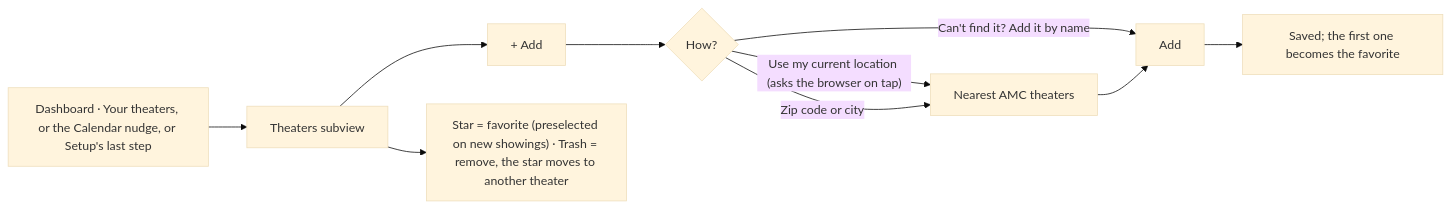
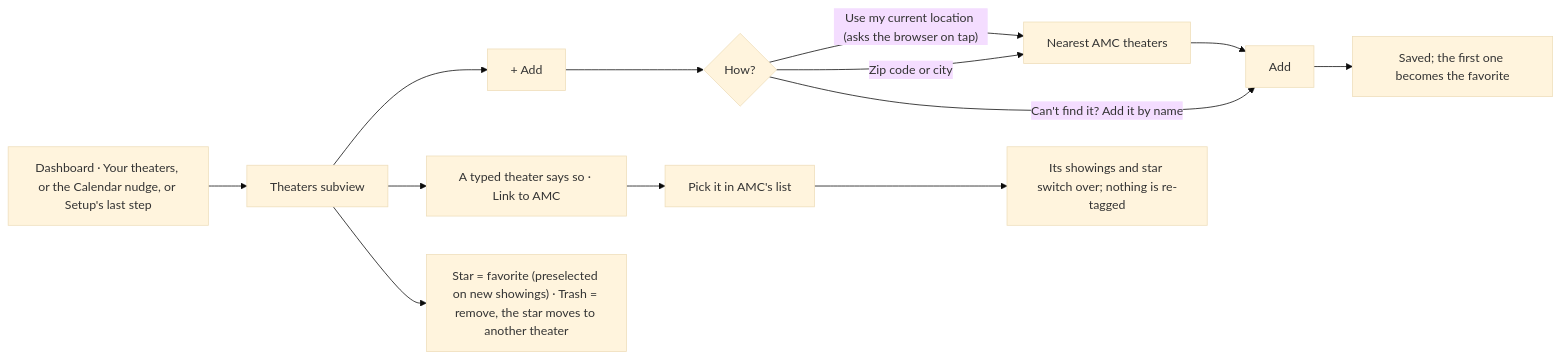
Diagram 24 of 25 in src/apps/a-list/UX.md (NovaMoonX/moondreams-dev-apps), drawn with Mermaid (base theme) before and after one commit. The commit also changed other lines of this file and 19 other files, not shown here.

First line of the commit message:
Theaters: link a typed theater to its AMC one in place, and keep each theater's time zone

````diff
--- a/src/apps/a-list/UX.md
+++ b/src/apps/a-list/UX.md
@@ -672,10 +672,11 @@
 ```mermaid
 flowchart LR
     A["Dashboard · Your theaters, or the Calendar nudge, or Setup's last step"] --> B[Theaters subview]
     B --> C["+ Add"] --> D{How?}
     D -->|"Use my current location (asks the browser on tap)"| E[Nearest AMC theaters]
     D -->|Zip code or city| E
     D -->|"Can't find it? Add it by name"| F
+    B --> L["A typed theater says so · Link to AMC"] --> E2["Pick it in AMC's list"] --> M["Its showings and star switch over; nothing is re-tagged"]
     E --> F["Add"] --> G["Saved; the first one becomes the favorite"]
     B --> H["Star = favorite (preselected on new showings) · Trash = remove, the star moves to another theater"]
 ```
````
